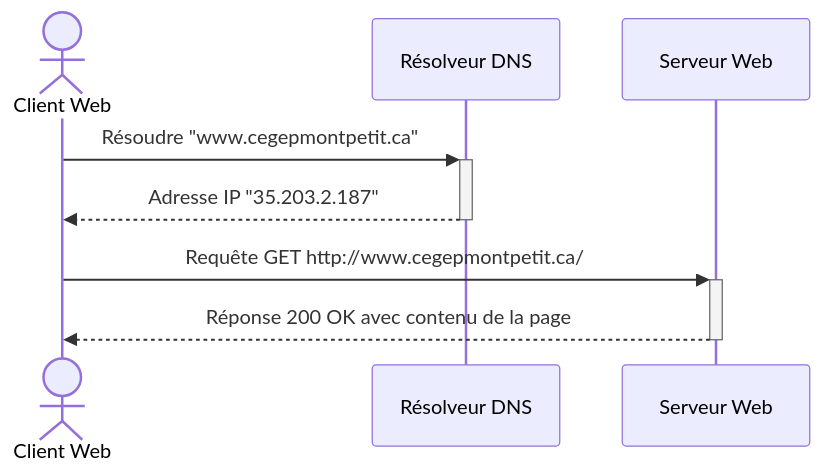
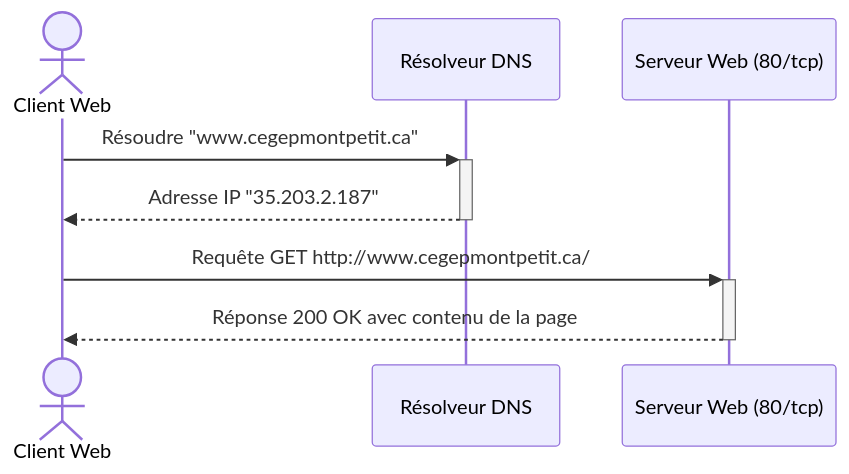
The first of 2 diagrams in web/docs/01-cours/11-rencontre6.1.md (xavierDug/3U4-cybersec), drawn with Mermaid before and after one commit. The commit also changed other lines of this file and 1 other file, not shown here.

Commit message:
Update r11 et ajout d'un diagramme

````diff
--- a/web/docs/01-cours/11-rencontre6.1.md
+++ b/web/docs/01-cours/11-rencontre6.1.md
@@ -20,12 +24,12 @@
 ```mermaid
 sequenceDiagram
-    actor Client as Client Web
-    participant DNS as Résolveur DNS
-    participant Web as Serveur Web
+   actor Client as Client Web
+   participant DNS as Résolveur DNS
+   participant Web as Serveur Web (80/tcp)
 
-    Client->>+DNS: Résoudre "www.cegepmontpetit.ca"
-    DNS-->>-Client: Adresse IP "35.203.2.187"
+   Client->>+DNS: Résoudre "www.cegepmontpetit.ca"
+   DNS-->>-Client: Adresse IP "35.203.2.187"
 
    Client->>+Web: Requête GET http://www.cegepmontpetit.ca/
    Web-->>-Client: Réponse 200 OK avec contenu de la page
 ```
````
